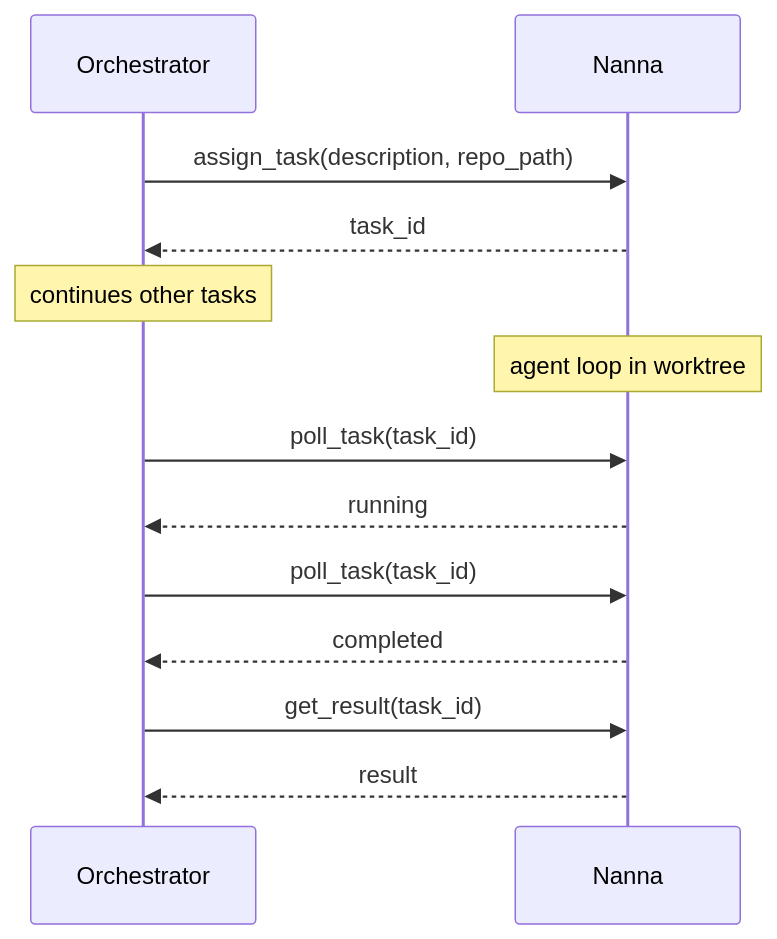
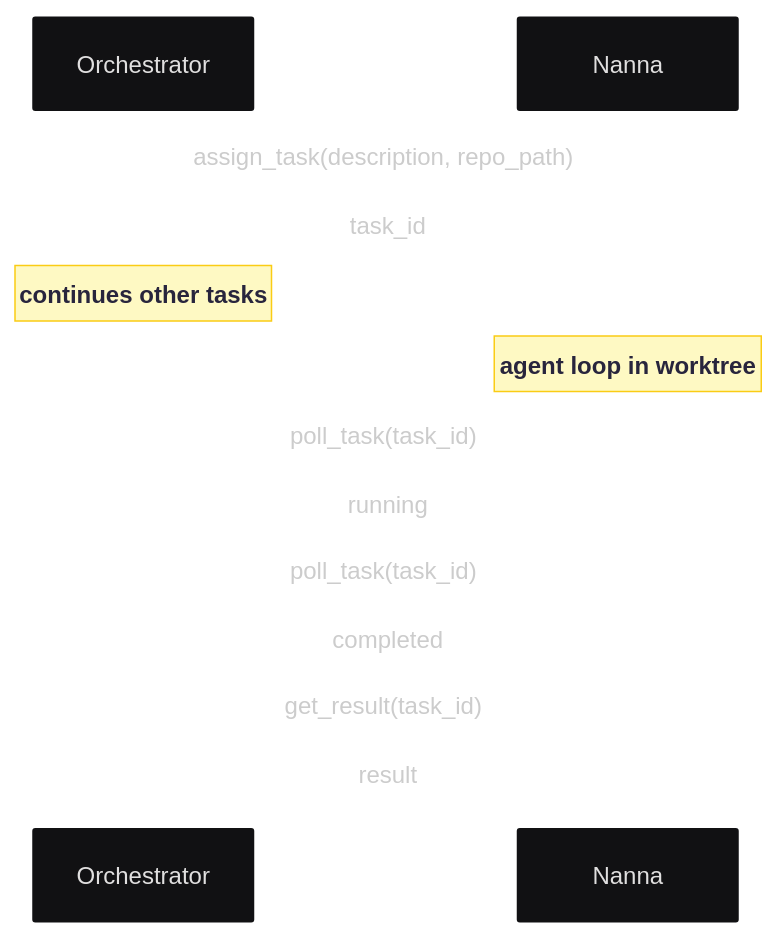
One commit to DominicBurkart/nanna-coder changed the second of 4 diagrams in ARCHITECTURE.md. Above: the diagram before and after it, drawn with Mermaid.

Commit message:
Add delegation sequence diagram to ARCHITECTURE.md
Added a mermaid sequence diagram for task delegation.

````diff
--- a/ARCHITECTURE.md
+++ b/ARCHITECTURE.md
@@ -56,15 +56,20 @@
 ```mermaid
+---
+config:
+  theme: redux-dark
+  layout: dagre
+---
 sequenceDiagram
     participant O as Orchestrator
     participant N as Nanna
     O->>N: assign_task(description, repo_path)
     N-->>O: task_id
     Note over O: continues other tasks
     Note over N: agent loop in worktree
     O->>N: poll_task(task_id)
     N-->>O: running
     O->>N: poll_task(task_id)
     N-->>O: completed
     O->>N: get_result(task_id)
     N-->>O: result
 ```
````
